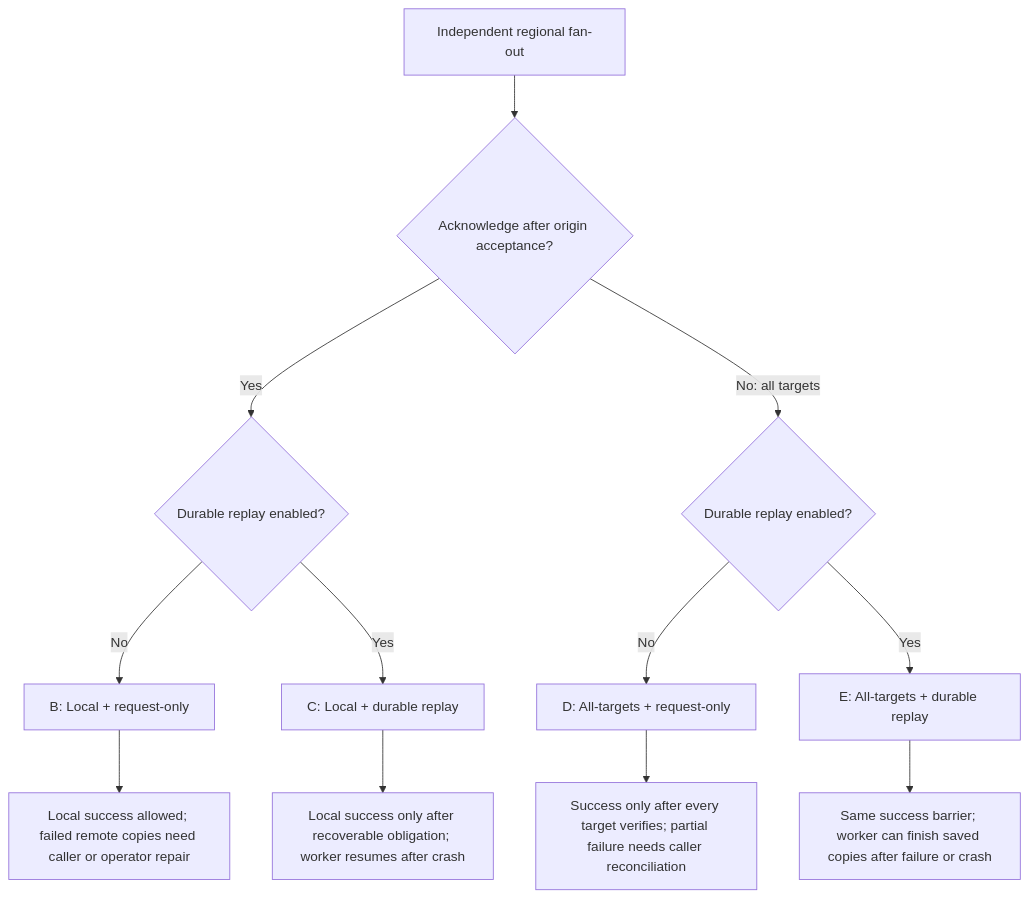
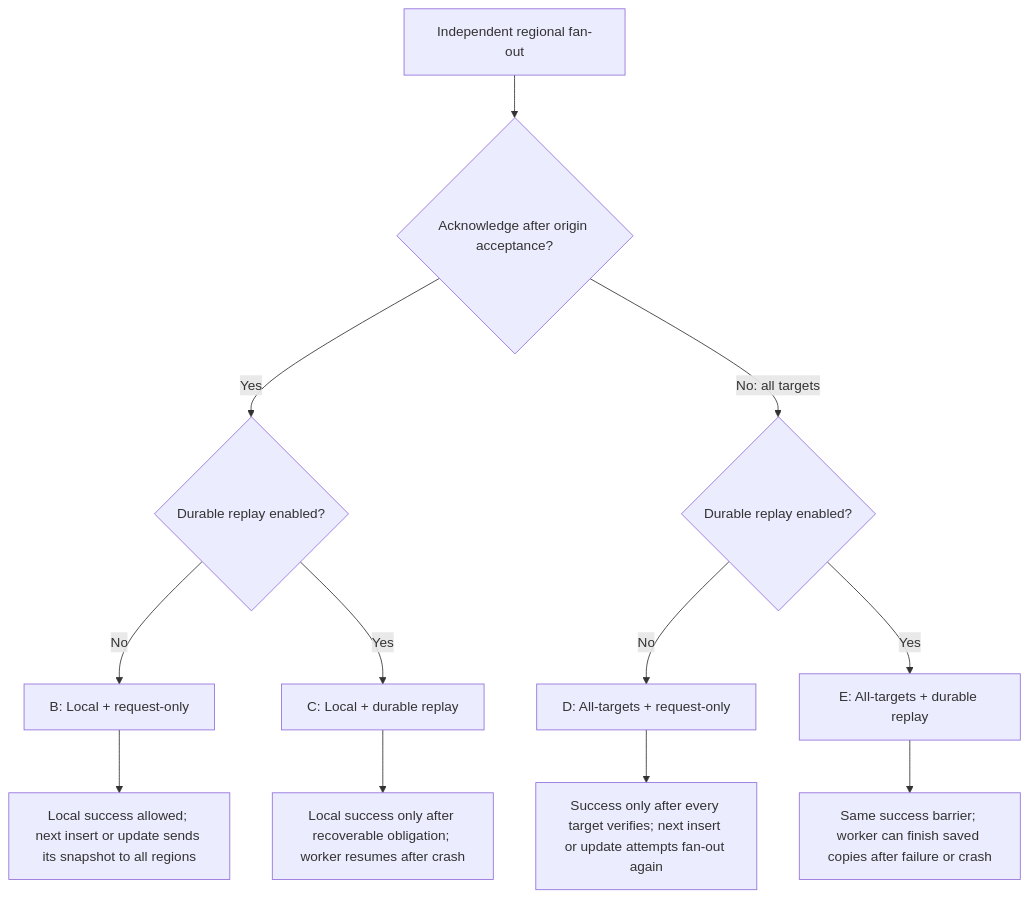
The second of 4 diagrams in decisions.md (alberttwong/redis-multi-region-adapter), drawn with Mermaid before and after one commit. The commit also changed other lines of this file and 11 other files, not shown here.

````diff
--- a/decisions.md
+++ b/decisions.md
@@ -30,14 +30,14 @@
 ```mermaid
 flowchart TD
     Fanout["Independent regional fan-out"] --> Local{"Acknowledge after origin acceptance?"}
     Local -->|Yes| LocalReplay{"Durable replay enabled?"}
     LocalReplay -->|No| B["B: Local + request-only"]
     LocalReplay -->|Yes| C["C: Local + durable replay"]
-    B --> BResult["Local success allowed; failed remote copies need caller or operator repair"]
+    B --> BResult["Local success allowed; next insert or update sends its snapshot to all regions"]
     C --> CResult["Local success only after recoverable obligation; worker resumes after crash"]
     Local -->|No: all targets| AllReplay{"Durable replay enabled?"}
     AllReplay -->|No| D["D: All-targets + request-only"]
     AllReplay -->|Yes| E["E: All-targets + durable replay"]
-    D --> DResult["Success only after every target verifies; partial failure needs caller reconciliation"]
+    D --> DResult["Success only after every target verifies; next insert or update attempts fan-out again"]
     E --> EResult["Same success barrier; worker can finish saved copies after failure or crash"]
 ```
````
